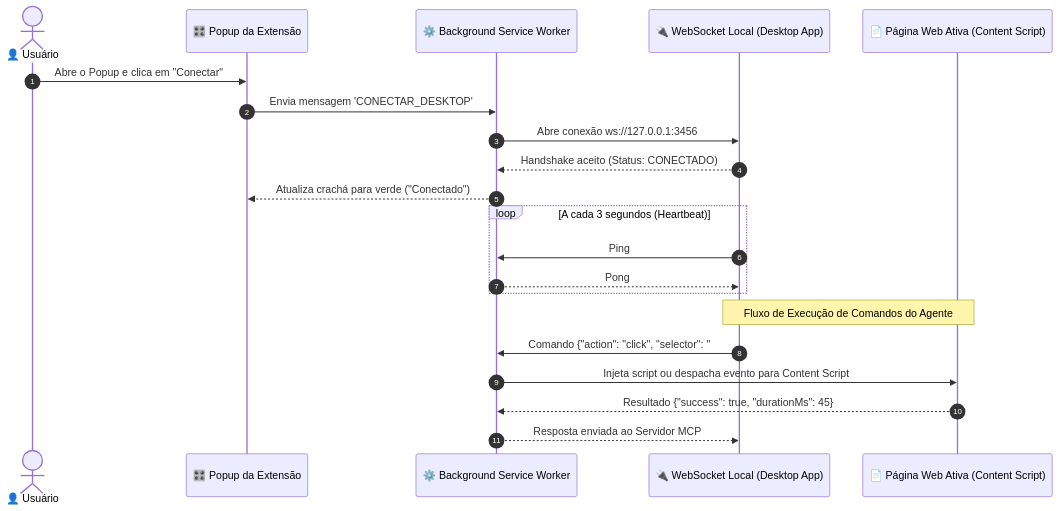
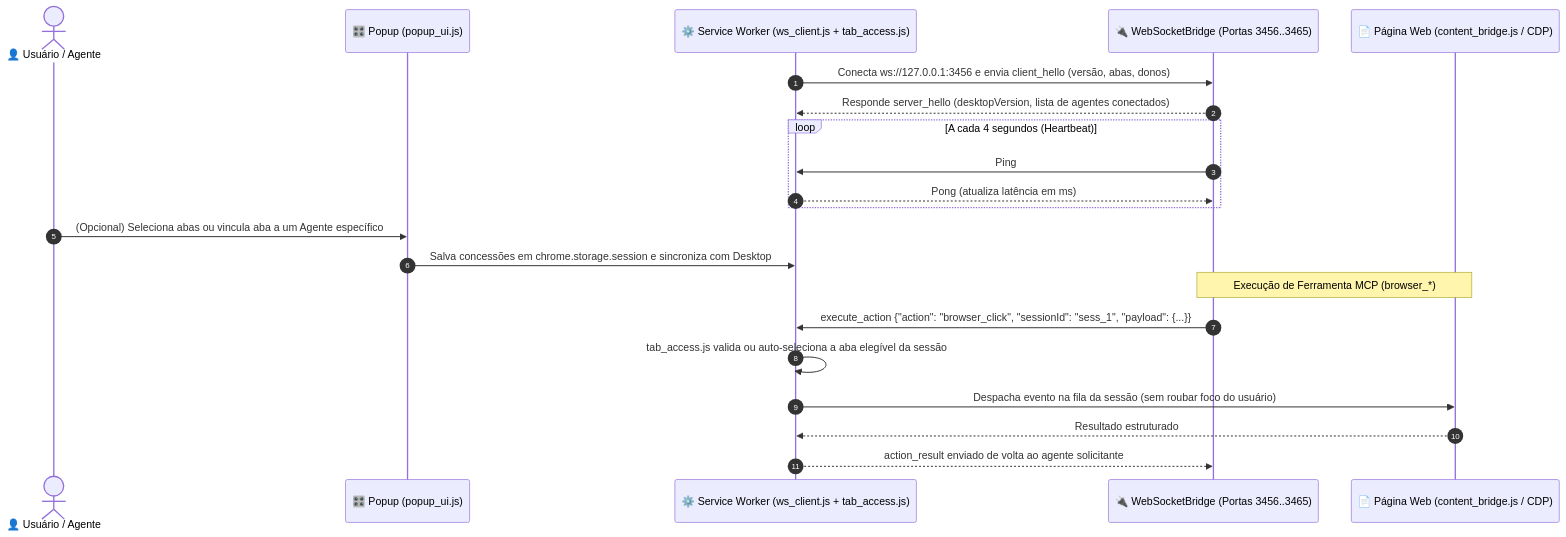
Before and after one commit to mmatteuus/NAVEGADOR_MTS: the diagram in docs/03-EXTENSAO-NAVEGADOR.md, drawn with Mermaid. The commit also changed other lines of this file and 79 other files, not shown here.

````diff
--- a/docs/03-EXTENSAO-NAVEGADOR.md
+++ b/docs/03-EXTENSAO-NAVEGADOR.md
@@ -16,26 +17,27 @@
 ```mermaid
 sequenceDiagram
     autonumber
-    actor Usuario as 👤 Usuário
-    participant Popup as 🎛️ Popup da Extensão
-    participant Worker as ⚙️ Background Service Worker
-    participant WS as 🔌 WebSocket Local (Desktop App)
-    participant Pagina as 📄 Página Web Ativa (Content Script)
+    actor Usuario as 👤 Usuário / Agente
+    participant Popup as 🎛️ Popup (popup_ui.js)
+    participant Worker as ⚙️ Service Worker (ws_client.js + tab_access.js)
+    participant WS as 🔌 WebSocketBridge (Portas 3456..3465)
+    participant Pagina as 📄 Página Web (content_bridge.js / CDP)
 
-    Usuario->>Popup: Abre o Popup e clica em "Conectar"
-    Popup->>Worker: Envia mensagem 'CONECTAR_DESKTOP'
-    Worker->>WS: Abre conexão ws://127.0.0.1:3456
-    WS-->>Worker: Handshake aceito (Status: CONECTADO)
-    Worker-->>Popup: Atualiza crachá para verde ("Conectado")
+    Worker->>WS: Conecta ws://127.0.0.1:3456 e envia client_hello (versão, abas, donos)
+    WS-->>Worker: Responde server_hello (desktopVersion, lista de agentes conectados)
     
-    loop A cada 3 segundos (Heartbeat)
+    loop A cada 4 segundos (Heartbeat)
         WS->>Worker: Ping
-        Worker-->>WS: Pong
+        Worker-->>WS: Pong (atualiza latência em ms)
     end
 
-    Note over WS,Pagina: Fluxo de Execução de Comandos do Agente
-    WS->>Worker: Comando {"action": "click", "selector": "#botao-enviar"}
-    Worker->>Pagina: Injeta script ou despacha evento para Content Script
-    Pagina-->>Worker: Resultado {"success": true, "durationMs": 45}
-    Worker-->>WS: Resposta enviada ao Servidor MCP
+    Usuario->>Popup: (Opcional) Seleciona abas ou vincula aba a um Agente específico
+    Popup->>Worker: Salva concessões em chrome.storage.session e sincroniza com Desktop
+
+    Note over WS,Pagina: Execução de Ferramenta MCP (browser_*)
+    WS->>Worker: execute_action {"action": "browser_click", "sessionId": "sess_1", "payload": {...}}
+    Worker->>Worker: tab_access.js valida ou auto-seleciona a aba elegível da sessão
+    Worker->>Pagina: Despacha evento na fila da sessão (sem roubar foco do usuário)
+    Pagina-->>Worker: Resultado estruturado
+    Worker-->>WS: action_result enviado de volta ao agente solicitante
 ```
````
